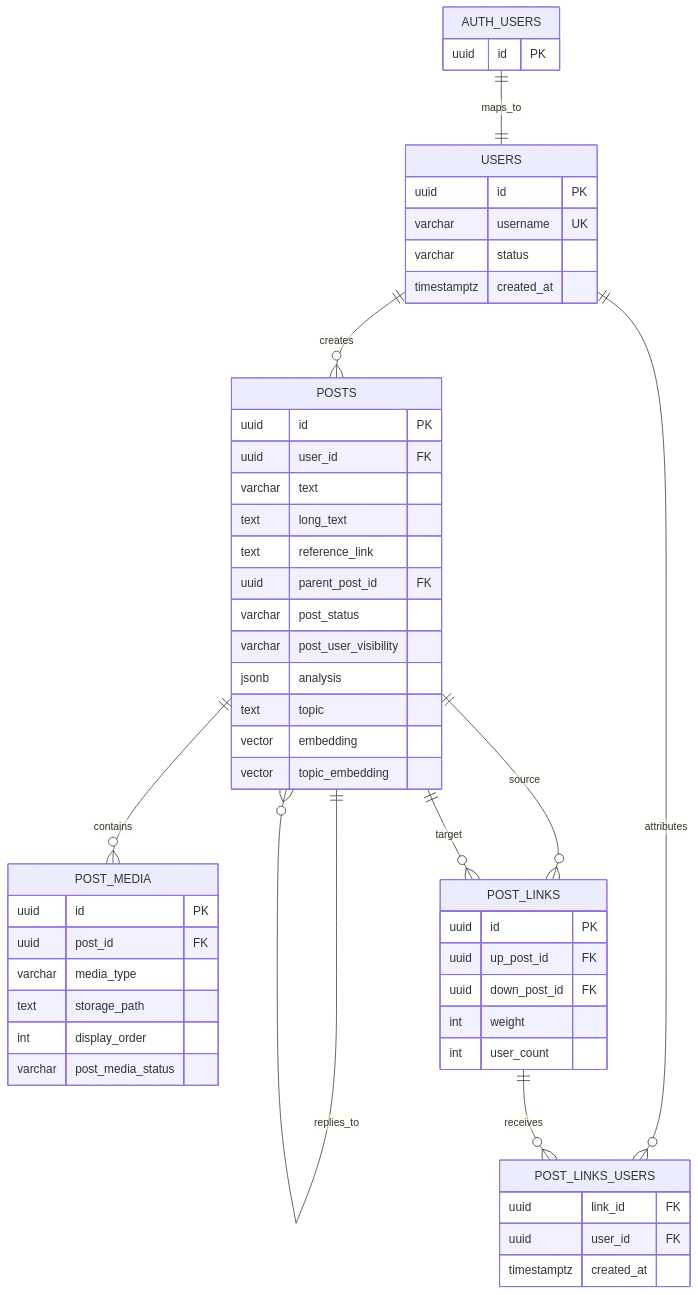
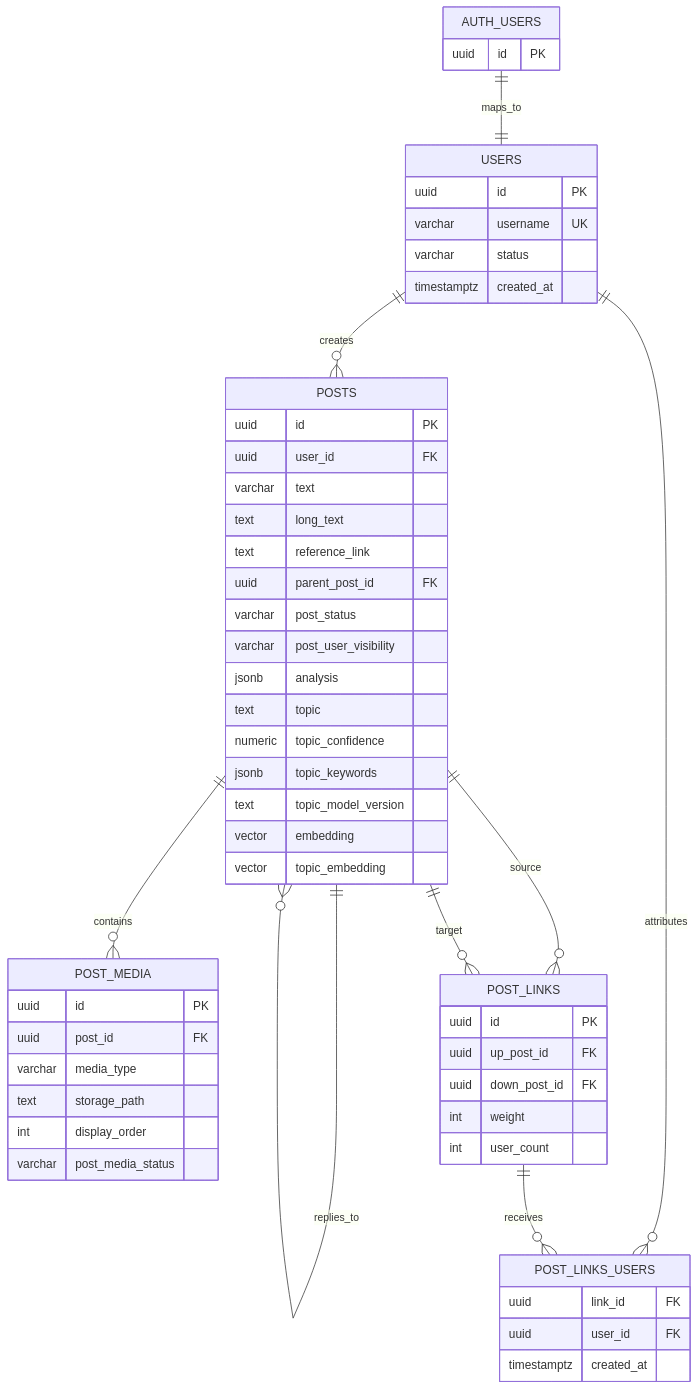
Before and after one commit to Arvind-Chandrasekaran/Tat-Sat: the diagram in docs/uml/domain-data-model.mmd, drawn with Mermaid. The commit also changed 24 other files, not shown here.

```diff
--- a/docs/uml/domain-data-model.mmd
+++ b/docs/uml/domain-data-model.mmd
@@ -1,53 +1,56 @@
 erDiagram
     AUTH_USERS ||--|| USERS : maps_to
     USERS ||--o{ POSTS : creates
     POSTS ||--o{ POST_MEDIA : contains
     POSTS ||--o{ POSTS : replies_to
     POSTS ||--o{ POST_LINKS : source
     POSTS ||--o{ POST_LINKS : target
     USERS ||--o{ POST_LINKS_USERS : attributes
     POST_LINKS ||--o{ POST_LINKS_USERS : receives
 
     AUTH_USERS {
         uuid id PK
     }
     USERS {
         uuid id PK
         varchar username UK
         varchar status
         timestamptz created_at
     }
     POSTS {
         uuid id PK
         uuid user_id FK
         varchar text
         text long_text
         text reference_link
         uuid parent_post_id FK
         varchar post_status
         varchar post_user_visibility
         jsonb analysis
         text topic
+        numeric topic_confidence
+        jsonb topic_keywords
+        text topic_model_version
         vector embedding
         vector topic_embedding
     }
     POST_MEDIA {
         uuid id PK
         uuid post_id FK
         varchar media_type
         text storage_path
         int display_order
         varchar post_media_status
     }
     POST_LINKS {
         uuid id PK
         uuid up_post_id FK
         uuid down_post_id FK
         int weight
         int user_count
     }
     POST_LINKS_USERS {
         uuid link_id FK
         uuid user_id FK
         timestamptz created_at
     }
```
